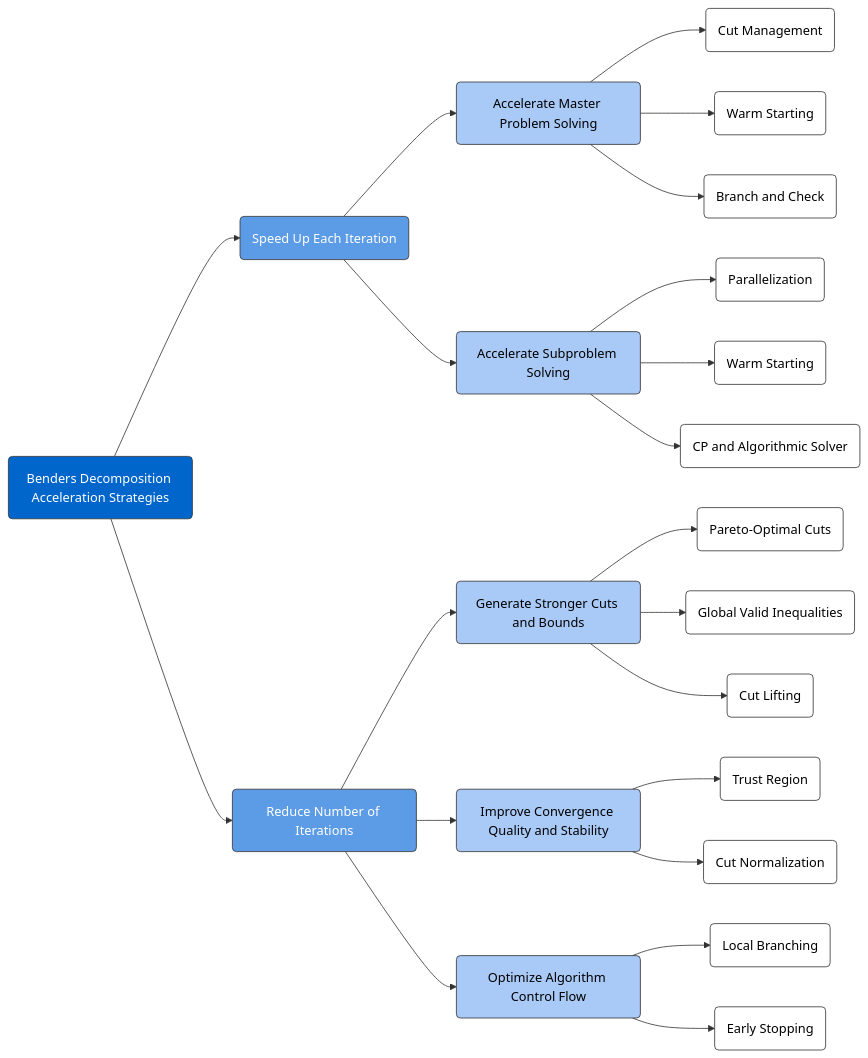
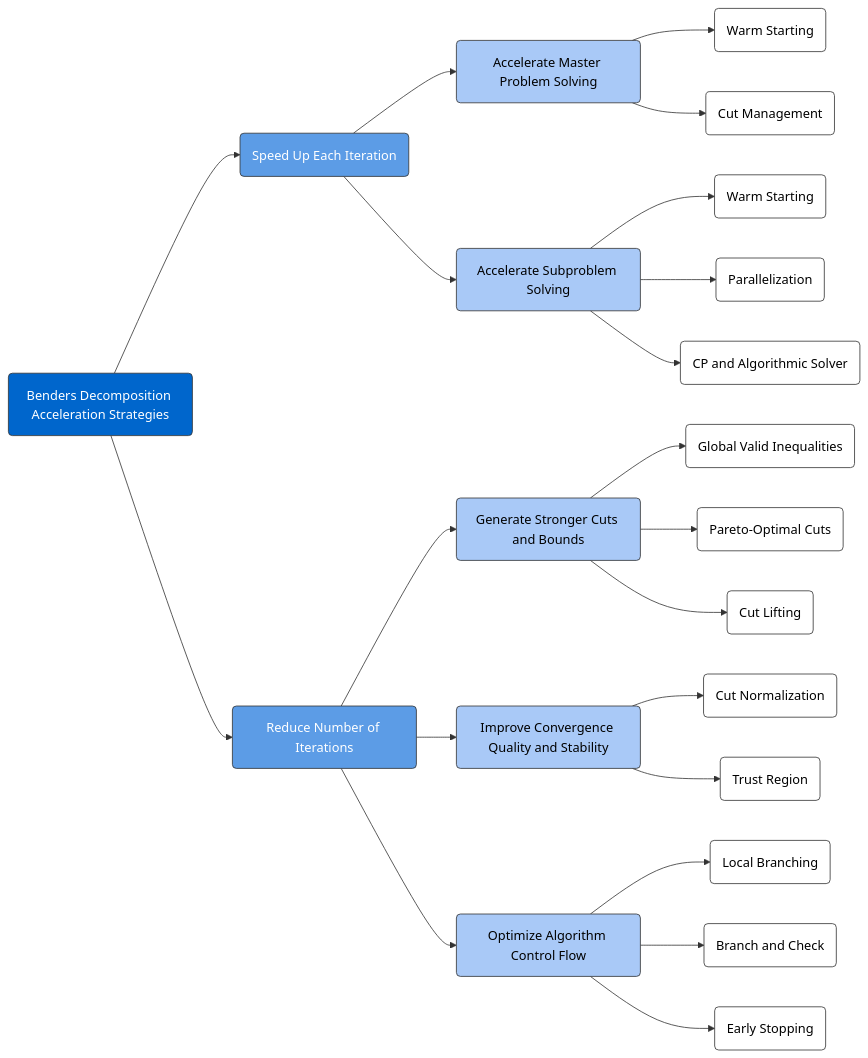
Before and after one commit to sharabhshukla/BendersLib: the diagram in docs/source/tutorials/enhance.rst, drawn with Mermaid. The commit also changed other lines of this file, not shown here.

Commit message:
docs(tutorials): reorganize order of enhancements

```diff
--- a/docs/source/tutorials/enhance.rst
+++ b/docs/source/tutorials/enhance.rst
@@ -15,53 +15,53 @@
 .. mermaid::
    :align: center
    :caption: Benders Decomposition Acceleration Strategies
 
    graph LR
 
        A(Benders Decomposition Acceleration Strategies);
 
        B(Speed Up Each Iteration);
        C(Reduce Number of Iterations);
 
        A --> B;
        A --> C;
 
        B1(Accelerate Master Problem Solving);
        B2(Accelerate Subproblem Solving);
 
        B --> B1;
        B --> B2;
 
+       B1 --> B1b(Warm Starting);
        B1 --> B1a(Cut Management);
-       B1 --> B1b(Warm Starting);
-       B1 --> B1c(Branch and Check);
 
+       B2 --> B2d(Warm Starting);
        B2 --> B2a(Parallelization);
-       B2 --> B2d(Warm Starting);
        B2 --> B2b(CP and Algorithmic Solver);
 
        C1(Generate Stronger Cuts and Bounds);
        C2(Improve Convergence Quality and Stability);
        C3(Optimize Algorithm Control Flow);
 
        C --> C1;
        C --> C2;
        C --> C3;
 
+       C1 --> C1b(Global Valid Inequalities);
        C1 --> C1a(Pareto-Optimal Cuts);
-       C1 --> C1b(Global Valid Inequalities);
        C1 --> C1c(Cut Lifting);
+       C2 --> C2b(Cut Normalization);
        C2 --> C2a(Trust Region);
-       C2 --> C2b(Cut Normalization);
        C3 --> C3a(Local Branching);
+       C3 --> C3c(Branch and Check);
        C3 --> C3b(Early Stopping);
 
        classDef root fill:#0066CC,stroke:#333,color:#fff;
        classDef mainBranch fill:#5c9ce6,stroke:#333,color:#fff;
        classDef midLevel fill:#a9c9f7,stroke:#333,color:#000;
        classDef leaf fill:#fff,stroke:#333,color:#000;
 
        class A root;
        class B,C mainBranch;
        class B1,B2,C1,C2,C3 midLevel;
-       class B1a,B1b,B1c,B2a,B2b,B2d,C1a,C1b,C1c,C2a,C2b,C3a,C3b leaf;
+       class B1a,B1b,C3c,B2a,B2b,B2d,C1a,C1b,C1c,C2a,C2b,C3a,C3b leaf;
```
